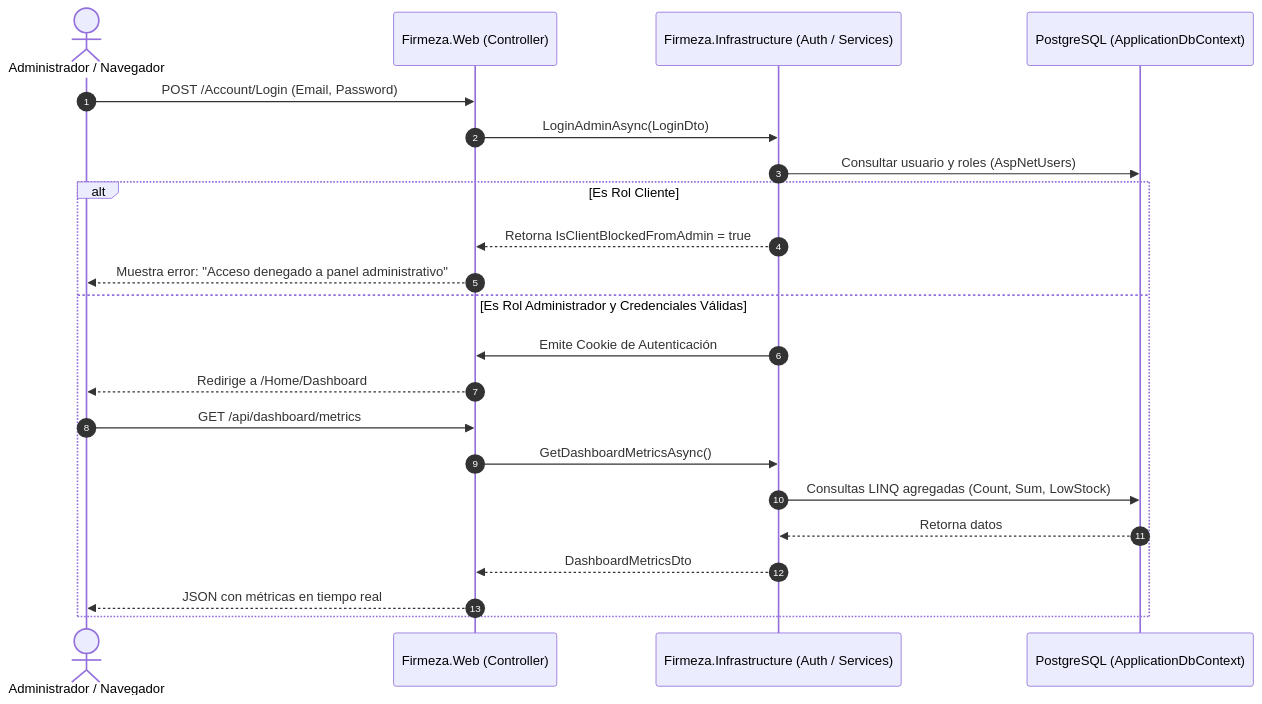
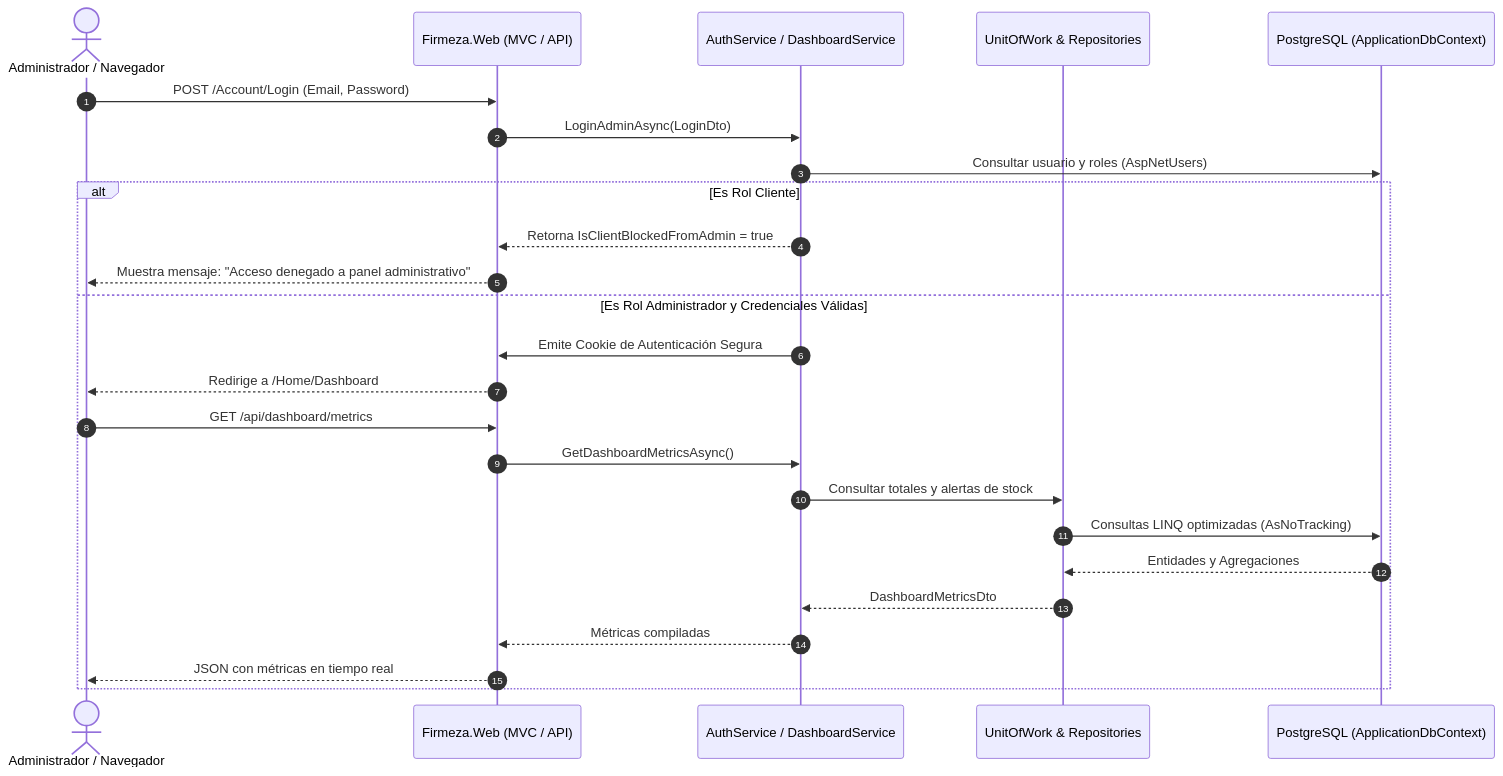
One commit to harold-855/Firmeza changed the fourth of 4 diagrams in README.md. Above: the diagram before and after it, drawn with Mermaid. The commit also changed other lines of this file and 67 other files, not shown here.

````diff
--- a/README.md
+++ b/README.md
@@ -191,25 +329,28 @@
 ```mermaid
 sequenceDiagram
     autonumber
     actor Usuario as Administrador / Navegador
-    participant Web as Firmeza.Web (Controller)
-    participant Auth as Firmeza.Infrastructure (Auth / Services)
+    participant Web as Firmeza.Web (MVC / API)
+    participant Service as AuthService / DashboardService
+    participant Repo as UnitOfWork & Repositories
     participant DB as PostgreSQL (ApplicationDbContext)
 
     Usuario->>Web: POST /Account/Login (Email, Password)
-    Web->>Auth: LoginAdminAsync(LoginDto)
-    Auth->>DB: Consultar usuario y roles (AspNetUsers)
+    Web->>Service: LoginAdminAsync(LoginDto)
+    Service->>DB: Consultar usuario y roles (AspNetUsers)
     alt Es Rol Cliente
-        Auth-->>Web: Retorna IsClientBlockedFromAdmin = true
-        Web-->>Usuario: Muestra error: "Acceso denegado a panel administrativo"
+        Service-->>Web: Retorna IsClientBlockedFromAdmin = true
+        Web-->>Usuario: Muestra mensaje: "Acceso denegado a panel administrativo"
     else Es Rol Administrador y Credenciales Válidas
-        Auth->>Web: Emite Cookie de Autenticación
+        Service->>Web: Emite Cookie de Autenticación Segura
         Web-->>Usuario: Redirige a /Home/Dashboard
         Usuario->>Web: GET /api/dashboard/metrics
-        Web->>Auth: GetDashboardMetricsAsync()
-        Auth->>DB: Consultas LINQ agregadas (Count, Sum, LowStock)
-        DB-->>Auth: Retorna datos
-        Auth-->>Web: DashboardMetricsDto
+        Web->>Service: GetDashboardMetricsAsync()
+        Service->>Repo: Consultar totales y alertas de stock
+        Repo->>DB: Consultas LINQ optimizadas (AsNoTracking)
+        DB-->>Repo: Entidades y Agregaciones
+        Repo-->>Service: DashboardMetricsDto
+        Service-->>Web: Métricas compiladas
         Web-->>Usuario: JSON con métricas en tiempo real
     end
 ```
````
